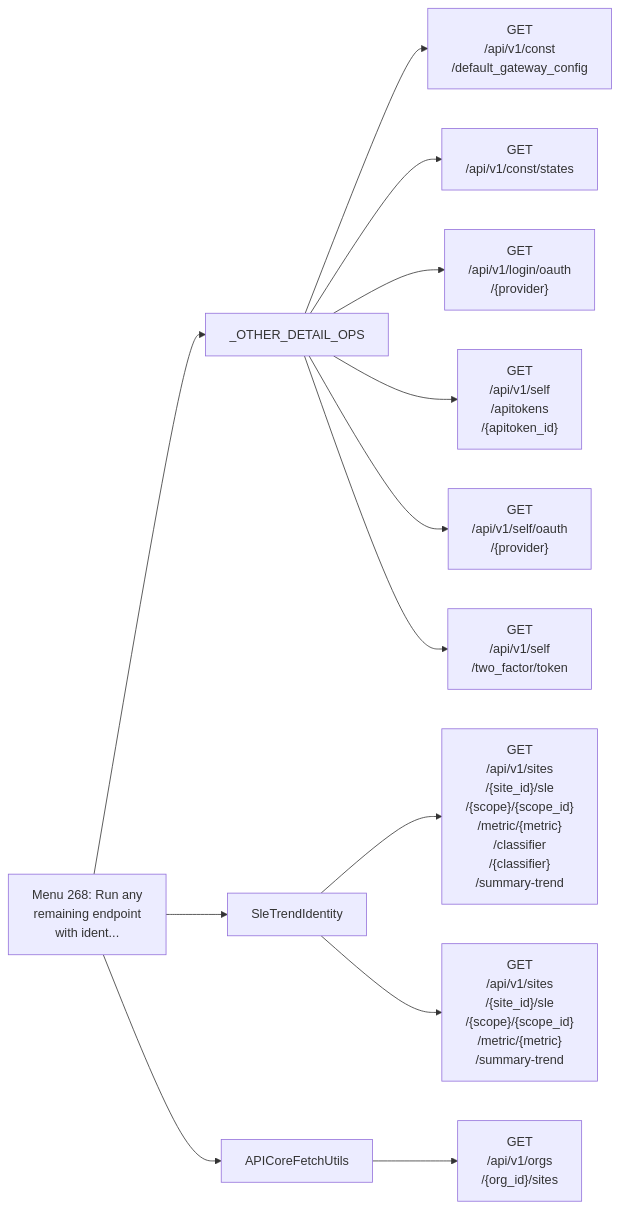
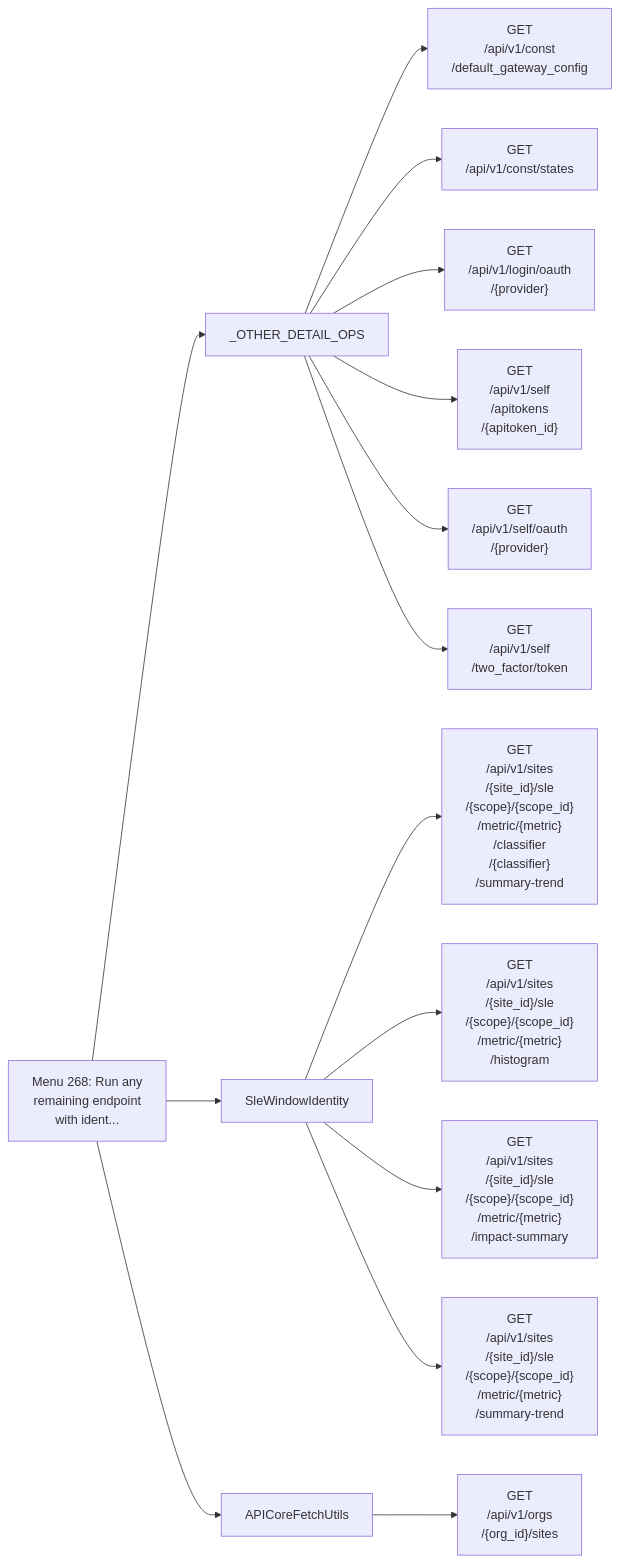
Diagram 25 of 26 in documentation/menu-api/interactive-safe.md (jmorrison-juniper/MistHelper), drawn with Mermaid before and after one commit. The commit also changed other lines of this file and 3 other files, not shown here.

First line of the commit message:
docs(menu-api): refresh SLE endpoint maps

````diff
--- a/documentation/menu-api/interactive-safe.md
+++ b/documentation/menu-api/interactive-safe.md
@@ -1813,16 +1823,18 @@
 ```mermaid
 flowchart LR
     menu["Menu 268: Run any<br/>remaining endpoint<br/>with ident..."]
     menu --> c1["_OTHER_DETAIL_OPS"]
     c1 --> e1["GET<br/>/api/v1/const<br/>/default_gateway_config"]
     c1 --> e2["GET<br/>/api/v1/const/states"]
     c1 --> e3["GET<br/>/api/v1/login/oauth<br/>/{provider}"]
     c1 --> e4["GET<br/>/api/v1/self<br/>/apitokens<br/>/{apitoken_id}"]
     c1 --> e5["GET<br/>/api/v1/self/oauth<br/>/{provider}"]
     c1 --> e6["GET<br/>/api/v1/self<br/>/two_factor/token"]
-    menu --> c2["SleTrendIdentity"]
+    menu --> c2["SleWindowIdentity"]
     c2 --> e7["GET<br/>/api/v1/sites<br/>/{site_id}/sle<br/>/{scope}/{scope_id}<br/>/metric/{metric}<br/>/classifier<br/>/{classifier}<br/>/summary-trend"]
-    c2 --> e8["GET<br/>/api/v1/sites<br/>/{site_id}/sle<br/>/{scope}/{scope_id}<br/>/metric/{metric}<br/>/summary-trend"]
+    c2 --> e8["GET<br/>/api/v1/sites<br/>/{site_id}/sle<br/>/{scope}/{scope_id}<br/>/metric/{metric}<br/>/histogram"]
+    c2 --> e9["GET<br/>/api/v1/sites<br/>/{site_id}/sle<br/>/{scope}/{scope_id}<br/>/metric/{metric}<br/>/impact-summary"]
+    c2 --> e10["GET<br/>/api/v1/sites<br/>/{site_id}/sle<br/>/{scope}/{scope_id}<br/>/metric/{metric}<br/>/summary-trend"]
     menu --> c3["APICoreFetchUtils"]
-    c3 --> e9["GET<br/>/api/v1/orgs<br/>/{org_id}/sites"]
+    c3 --> e11["GET<br/>/api/v1/orgs<br/>/{org_id}/sites"]
 ```
````
